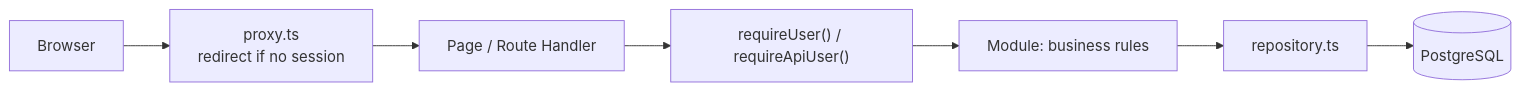
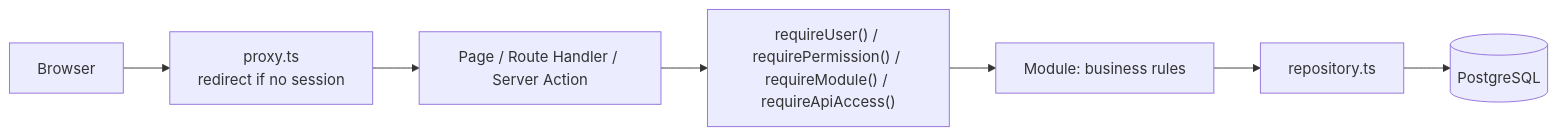
The first of 2 diagrams in docs/architecture/overview.md (preskater/presk-o), drawn with Mermaid before and after one commit. The commit also changed other lines of this file and 29 other files, not shown here.

````diff
--- a/docs/architecture/overview.md
+++ b/docs/architecture/overview.md
@@ -31,9 +31,9 @@
 ```mermaid
 flowchart LR
   B[Browser] --> P[proxy.ts<br/>redirect if no session]
-  P --> Y[Page / Route Handler]
-  Y --> G["requireUser() / requireApiUser()"]
+  P --> Y[Page / Route Handler / Server Action]
+  Y --> G["requireUser() / requirePermission() / requireModule() / requireApiAccess()"]
   G --> M[Module: business rules]
   M --> R[repository.ts]
   R --> D[(PostgreSQL)]
 ```
````
